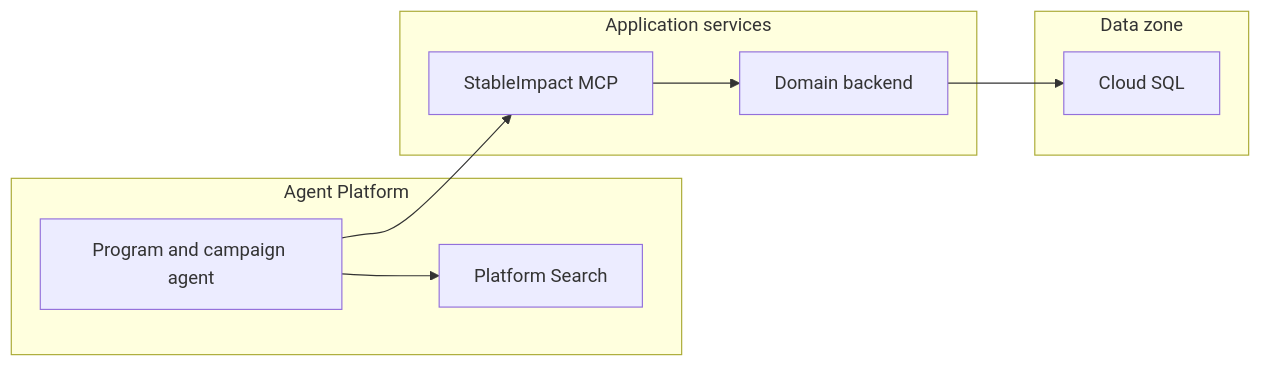
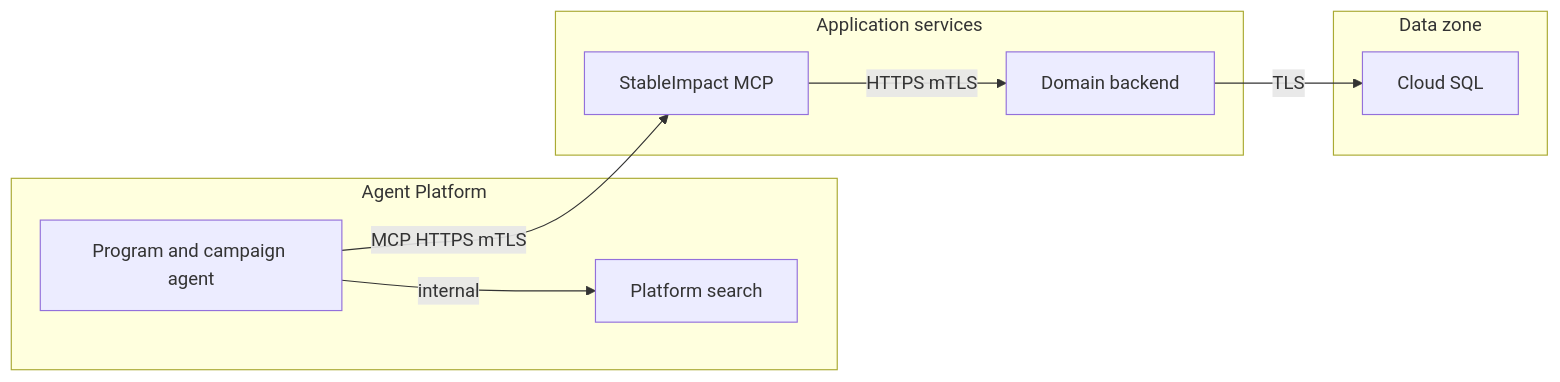
The seventh of 21 diagrams in stableimpact-design.md (eweinmanepam/Documents), drawn with Mermaid before and after one commit. The commit also changed other lines of this file, not shown here.

````diff
--- a/stableimpact-design.md
+++ b/stableimpact-design.md
@@ -227,21 +234,21 @@
 ```mermaid
 flowchart LR
   subgraph Platform[Agent Platform]
-    AGENT[Program and campaign agent]
-    SEARCH[Platform Search]
+    PC_AGENT[Program and campaign agent]
+    PC_SEARCH[Platform search]
   end
 
   subgraph AppSvc[Application services]
-    MCP[StableImpact MCP]
-    API[Domain backend]
+    PC_MCP[StableImpact MCP]
+    PC_API[Domain backend]
   end
 
   subgraph DataZone[Data zone]
-    SQL[Cloud SQL]
+    PC_SQL[Cloud SQL]
   end
 
-  AGENT --> SEARCH
-  AGENT --> MCP
-  MCP --> API
-  API --> SQL
+  PC_AGENT -->|internal| PC_SEARCH
+  PC_AGENT -->|MCP HTTPS mTLS| PC_MCP
+  PC_MCP -->|HTTPS mTLS| PC_API
+  PC_API -->|TLS| PC_SQL
 ```
````
